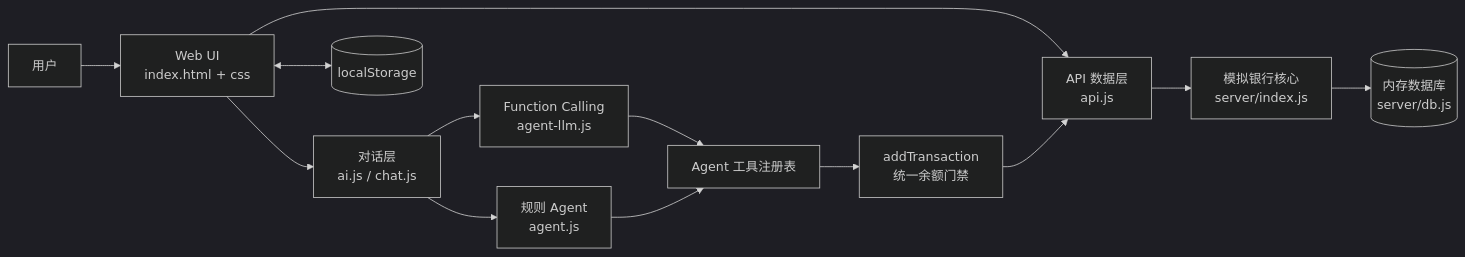
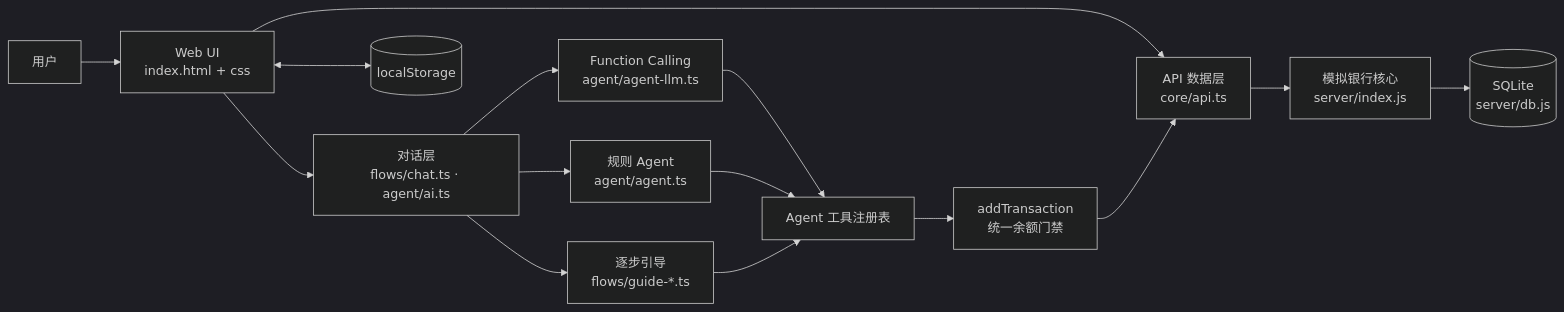
One commit to new-coder-new/AI-Bank changed the diagram in README.md. Above: the diagram before and after it, drawn with Mermaid (dark theme). The commit also changed other lines of this file and 16 other files, not shown here.

````diff
--- a/README.md
+++ b/README.md
@@ -238,15 +264,17 @@
 ```mermaid
 flowchart LR
     U[用户] --> UI[Web UI<br/>index.html + css]
-    UI --> CHAT[对话层<br/>ai.js / chat.js]
-    CHAT --> LLM[Function Calling<br/>agent-llm.js]
-    CHAT --> RULE[规则 Agent<br/>agent.js]
+    UI --> CHAT[对话层<br/>flows/chat.ts · agent/ai.ts]
+    CHAT --> LLM[Function Calling<br/>agent/agent-llm.ts]
+    CHAT --> RULE[规则 Agent<br/>agent/agent.ts]
+    CHAT --> GUIDE[逐步引导<br/>flows/guide-*.ts]
     LLM --> TOOLS[Agent 工具注册表]
     RULE --> TOOLS
+    GUIDE --> TOOLS
     TOOLS --> TX[addTransaction<br/>统一余额门禁]
-    UI --> API[API 数据层<br/>api.js]
+    UI --> API[API 数据层<br/>core/api.ts]
     TX --> API
     API --> SRV[模拟银行核心<br/>server/index.js]
-    SRV --> DB[(内存数据库<br/>server/db.js)]
+    SRV --> DB[(SQLite<br/>server/db.js)]
     UI <--> LS[(localStorage)]
 ```
````
